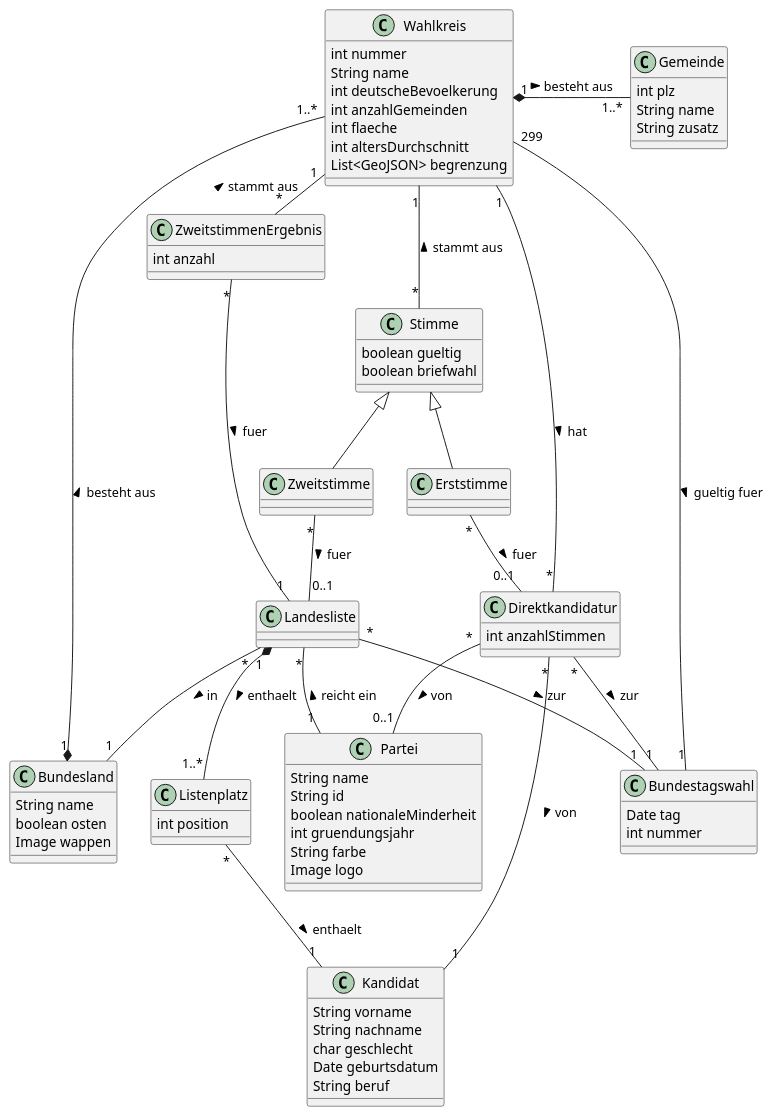
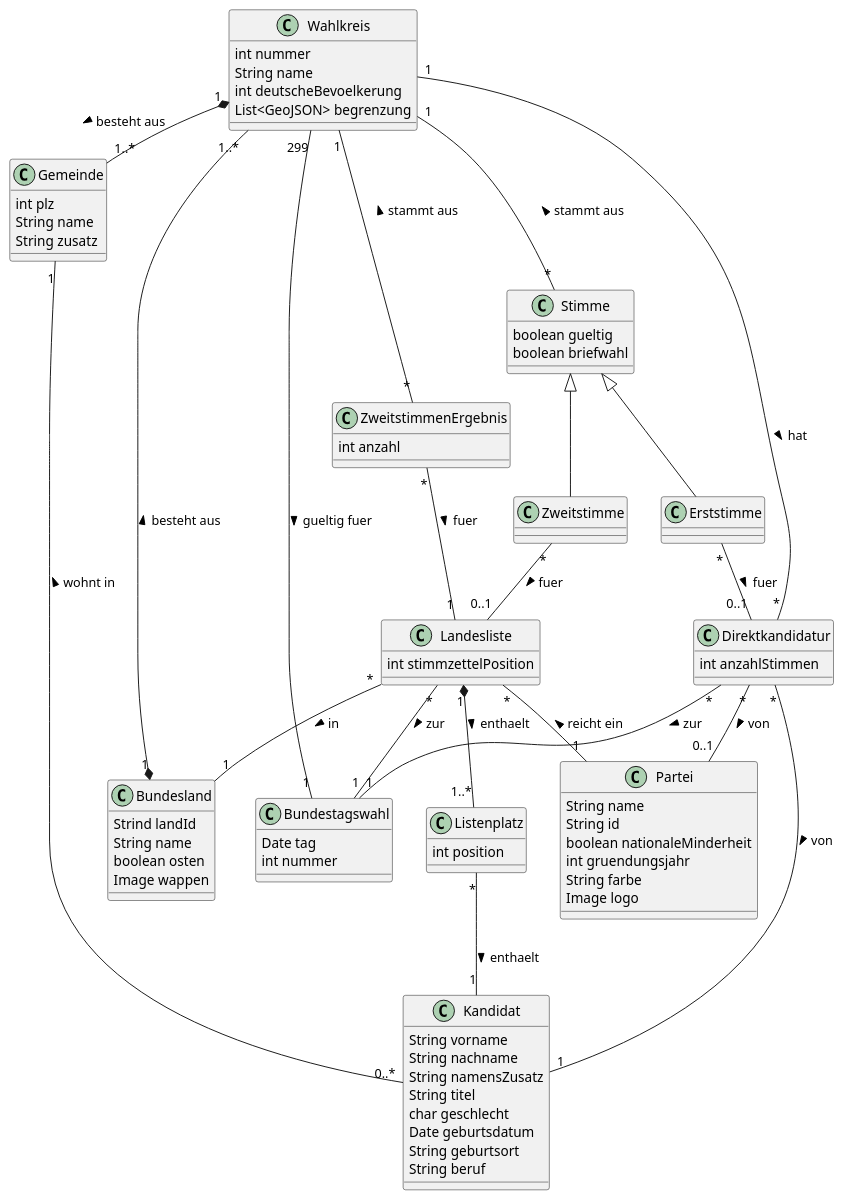
The diagram in artifacts/Entwurf.puml (Toemmsche/database-systems-project-mirror), drawn with PlantUML before and after one commit. The commit also changed 2 other files, not shown here.

```diff
--- a/artifacts/Entwurf.puml
+++ b/artifacts/Entwurf.puml
@@ -1,93 +1,95 @@
 @startuml
 class Kandidat {
     String vorname
     String nachname
+    String namensZusatz
+    String titel
     char geschlecht
     Date geburtsdatum
+    String geburtsort
     String beruf
 }
 
 class Bundesland {
+    Strind landId
     String name
     boolean osten
     Image wappen
 }
 
 class Partei {
     String name
     String id
     boolean nationaleMinderheit
     int gruendungsjahr
     String farbe
     Image logo
 }
 
 class Bundestagswahl{
    Date tag
    int nummer
 }
 
 class Landesliste {
+    int stimmzettelPosition
 }
 
 class Listenplatz {
     int position
 }
 
 class Wahlkreis {
     int nummer
     String name
     int deutscheBevoelkerung
-    int anzahlGemeinden
-    int flaeche
-    int altersDurchschnitt
     List<GeoJSON> begrenzung
 }
 
 class Gemeinde {
     int plz
     String name
     String zusatz
 }
 
 class ZweitstimmenErgebnis {
     int anzahl
 }
 
 class Stimme {
     boolean gueltig
     boolean briefwahl
 }
 
 class Zweitstimme extends Stimme {
 }
 
 class Erststimme extends Stimme {
 }
 
 class Direktkandidatur {
     int anzahlStimmen
 }
 
 Landesliste "*" -- "1" Bundesland : in >
 Landesliste "*" -- "1" Partei : < reicht ein
 Landesliste "*" -- "1" Bundestagswahl: zur >
 
 Landesliste "1" *-- "1..*" Listenplatz : enthaelt >
 Listenplatz "*" -- "1" Kandidat : enthaelt >
 
 Wahlkreis "1..*" --* "1" Bundesland : besteht aus <
 Wahlkreis "1" *-right- "1..*" Gemeinde : besteht aus >
 Wahlkreis "299" -- "1" Bundestagswahl: gueltig fuer >
-
+Gemeinde "1" -- "0..*" Kandidat: wohnt in <
 Direktkandidatur "*" -- "1" Kandidat : von >
 Direktkandidatur "*" -- "1" Wahlkreis : < hat
 Direktkandidatur "*" -- "0..1" Partei : von >
 Direktkandidatur "*" -- "1" Bundestagswahl: zur >
 
 Erststimme "*" -- "0..1" Direktkandidatur : fuer >
 Zweitstimme "*" -- "0..1" Landesliste : fuer >
 Stimme "*" -up- "1" Wahlkreis : stammt aus >
 ZweitstimmenErgebnis "*" -left- "1" Wahlkreis : stammt aus >
 ZweitstimmenErgebnis "*" -- "1" Landesliste : fuer >
 @enduml
```
